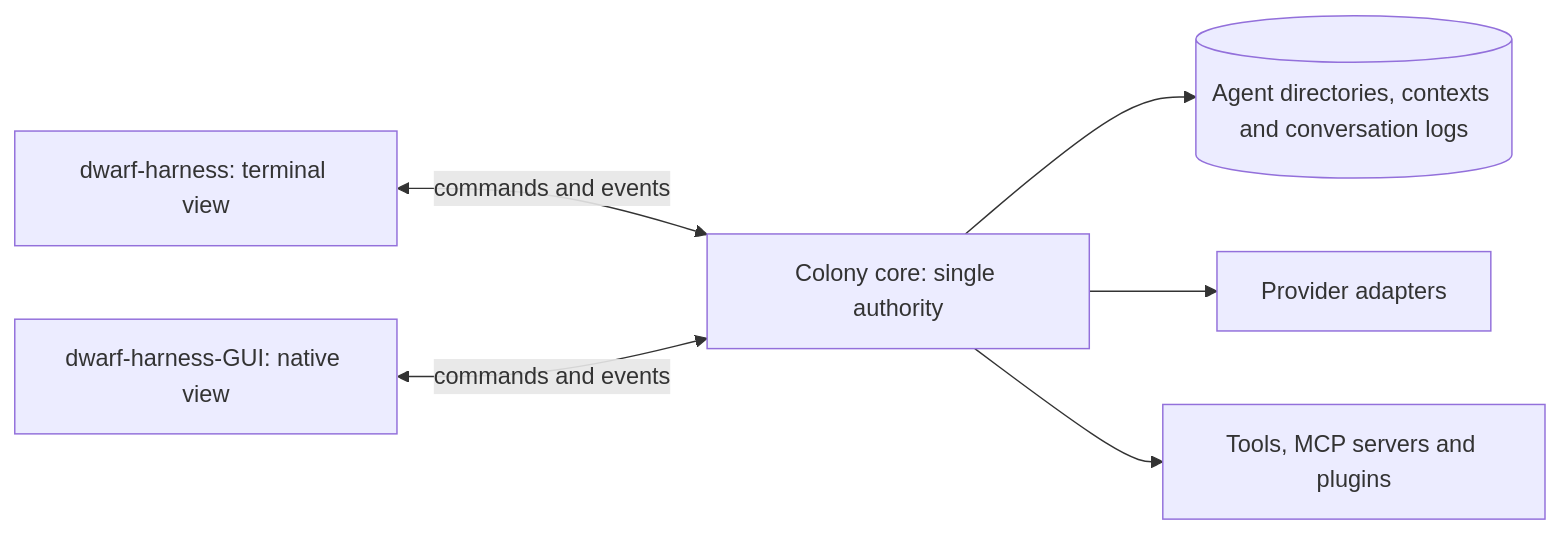
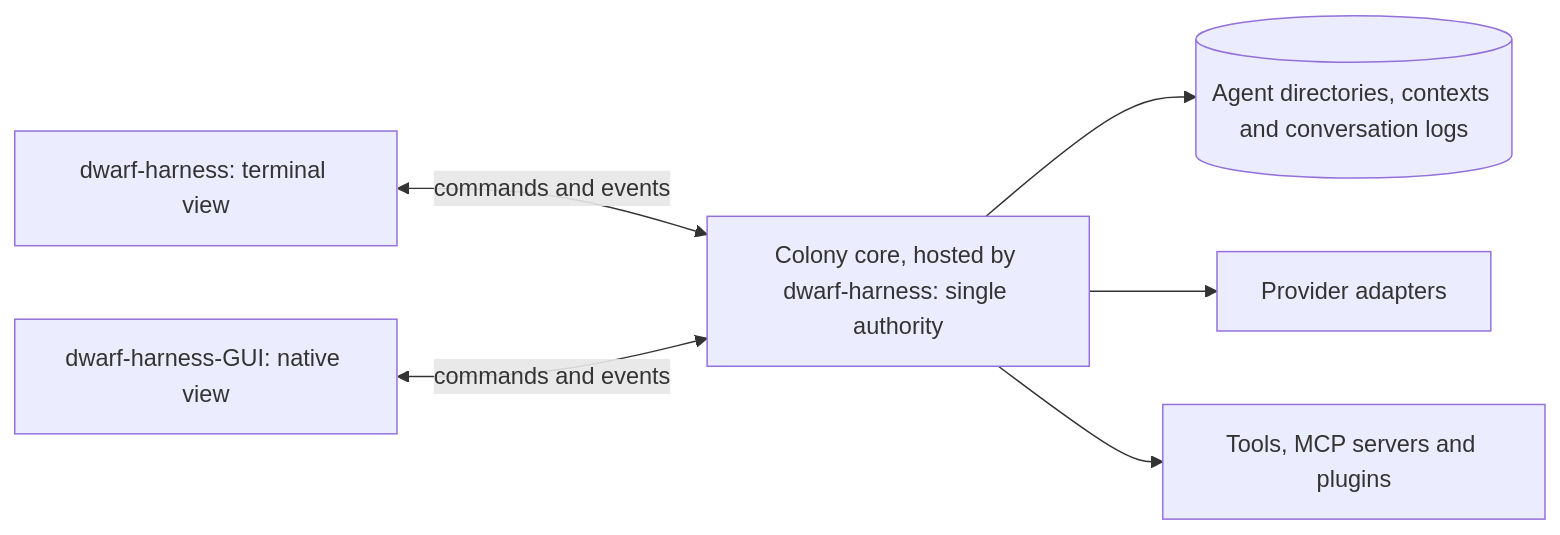
One commit to Darius-PJ/dwarf-harness changed the diagram in docs/DESIGN-CORE-AND-LAUNCHERS.md. Above: the diagram before and after it, drawn with Mermaid. The commit also changed other lines of this file and 9 other files, not shown here.

First line of the commit message:
docs: record implementation walkthrough decisions and split the roadmap

````diff
--- a/docs/DESIGN-CORE-AND-LAUNCHERS.md
+++ b/docs/DESIGN-CORE-AND-LAUNCHERS.md
@@ -97,8 +121,8 @@
 ```mermaid
 flowchart LR
-  T["dwarf-harness: terminal view"] <-->|commands and events| C["Colony core: single authority"]
+  T["dwarf-harness: terminal view"] <-->|commands and events| C["Colony core, hosted by dwarf-harness: single authority"]
   G["dwarf-harness-GUI: native view"] <-->|commands and events| C
   C --> S[(Agent directories, contexts and conversation logs)]
   C --> P[Provider adapters]
   C --> K[Tools, MCP servers and plugins]
 ```
````
